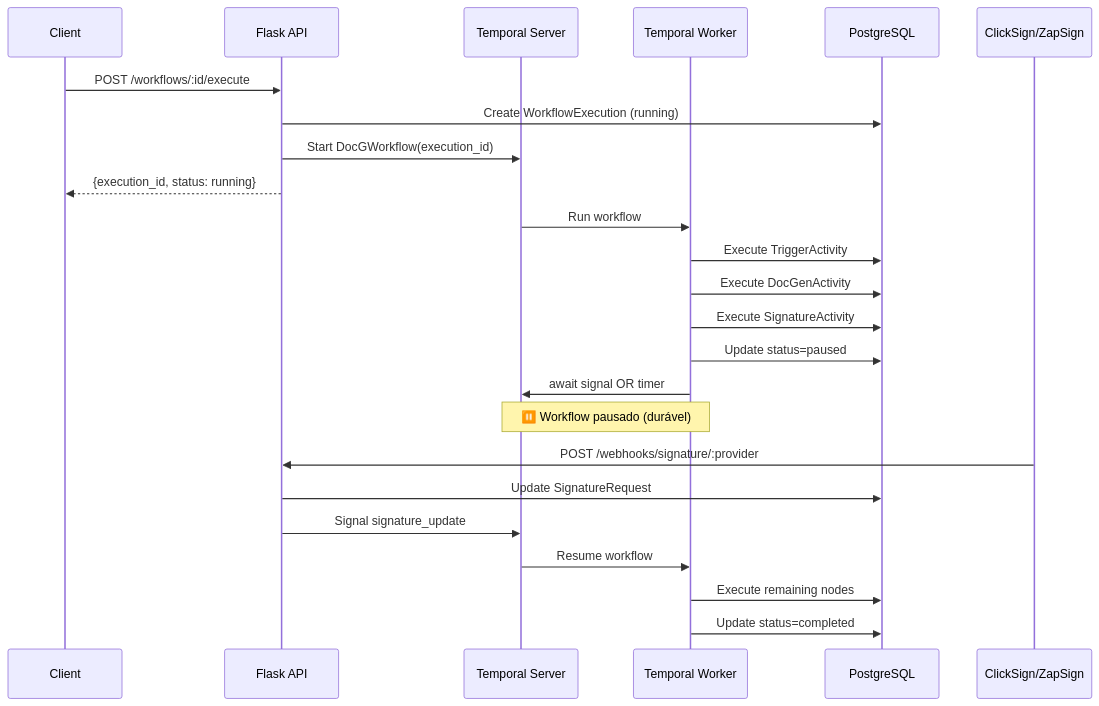
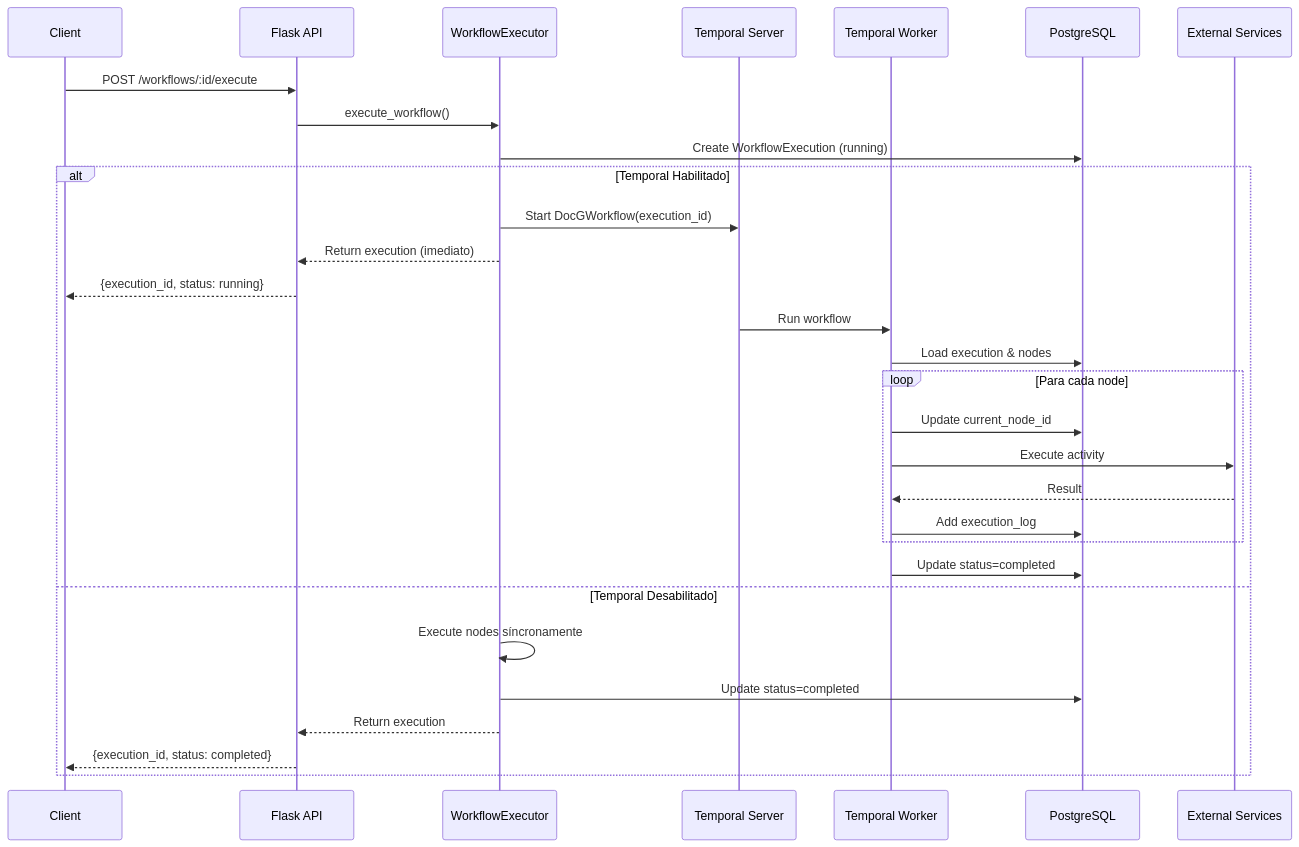
One commit to eduals/docg-backend changed the second of 6 diagrams in WORKFLOW_EXECUTION_ANALYSIS.md. Above: the diagram before and after it, drawn with Mermaid. The commit also changed other lines of this file and 12 other files, not shown here.

````diff
--- a/WORKFLOW_EXECUTION_ANALYSIS.md
+++ b/WORKFLOW_EXECUTION_ANALYSIS.md
@@ -199,37 +165,37 @@
 ```mermaid
 sequenceDiagram
     participant Client
     participant API as Flask API
+    participant Executor as WorkflowExecutor
     participant Temporal as Temporal Server
     participant Worker as Temporal Worker
     participant DB as PostgreSQL
-    participant Provider as ClickSign/ZapSign
+    participant External as External Services
+
+    Client->>API: POST /workflows/:id/execute
+    API->>Executor: execute_workflow()
+    Executor->>DB: Create WorkflowExecution (running)
     
-    %% Start
-    Client->>API: POST /workflows/:id/execute
-    API->>DB: Create WorkflowExecution (running)
-    API->>Temporal: Start DocGWorkflow(execution_id)
-    API-->>Client: {execution_id, status: running}
-    
-    %% Execution
-    Temporal->>Worker: Run workflow
-    Worker->>DB: Execute TriggerActivity
-    Worker->>DB: Execute DocGenActivity
-    
-    %% Signature
-    Worker->>DB: Execute SignatureActivity
-    Worker->>DB: Update status=paused
-    Worker->>Temporal: await signal OR timer
-    
-    Note over Worker,Temporal: ⏸️ Workflow pausado (durável)
-    
-    %% Webhook
-    Provider->>API: POST /webhooks/signature/:provider
-    API->>DB: Update SignatureRequest
-    API->>Temporal: Signal signature_update
-    
-    %% Resume
-    Temporal->>Worker: Resume workflow
-    Worker->>DB: Execute remaining nodes
-    Worker->>DB: Update status=completed
+    alt Temporal Habilitado
+        Executor->>Temporal: Start DocGWorkflow(execution_id)
+        Executor-->>API: Return execution (imediato)
+        API-->>Client: {execution_id, status: running}
+        
+        Temporal->>Worker: Run workflow
+        Worker->>DB: Load execution & nodes
+        
+        loop Para cada node
+            Worker->>DB: Update current_node_id
+            Worker->>External: Execute activity
+            External-->>Worker: Result
+            Worker->>DB: Add execution_log
+        end
+        
+        Worker->>DB: Update status=completed
+    else Temporal Desabilitado
+        Executor->>Executor: Execute nodes síncronamente
+        Executor->>DB: Update status=completed
+        Executor-->>API: Return execution
+        API-->>Client: {execution_id, status: completed}
+    end
 ```
````
